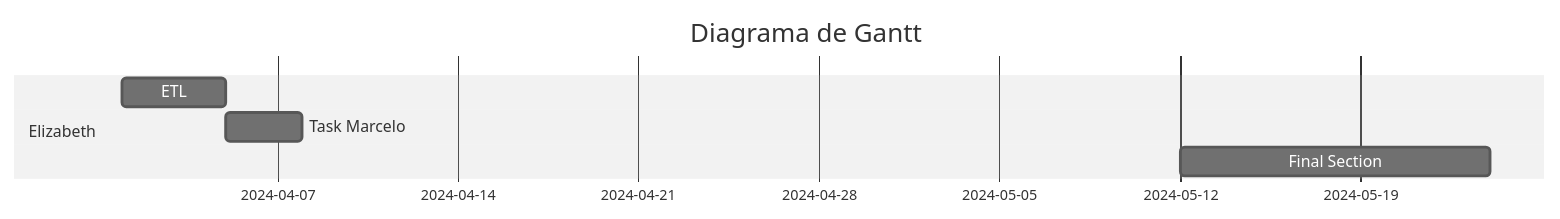
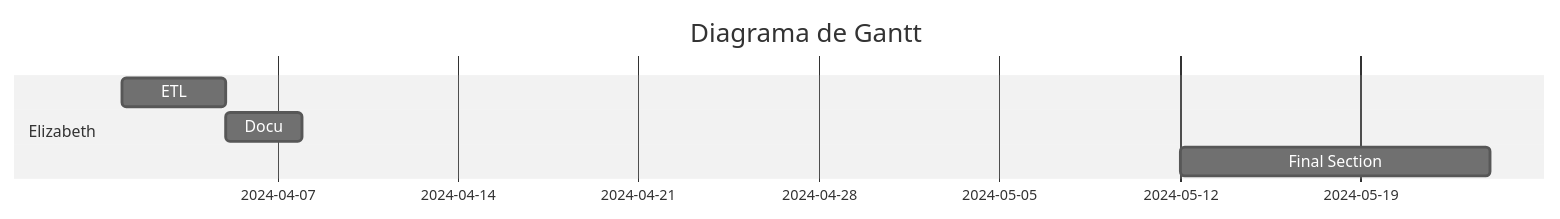
Before and after one commit to Beth-94/testmermaid: the diagram in README.md, drawn with Mermaid (neutral theme).

````diff
--- a/README.md
+++ b/README.md
@@ -8,11 +8,11 @@
 ```mermaid
 gantt
     title Diagrama de Gantt 
 
     section Elizabeth
     ETL           :a1, 2024-04-01, 4d
-    Task Marcelo    :after a1  , 3d
+    Docu    :after a1  , 3d
     Final Section    : 2024-05-12  , 12d
 
 
 ```
````
